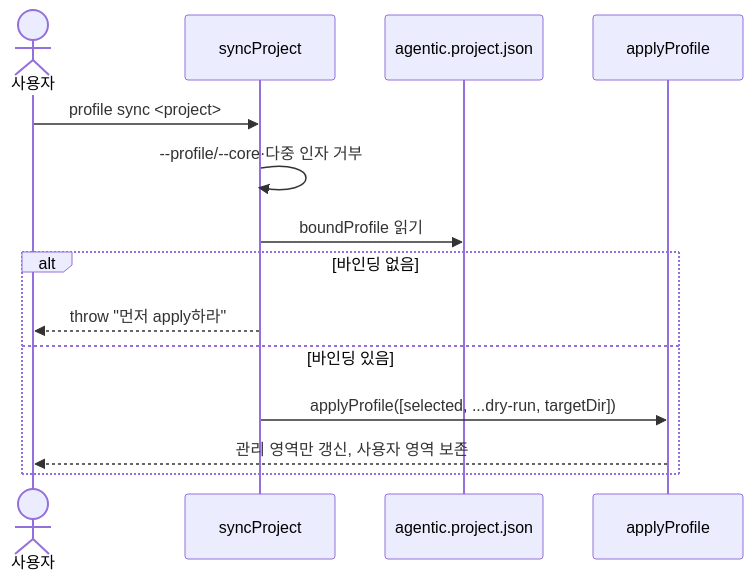
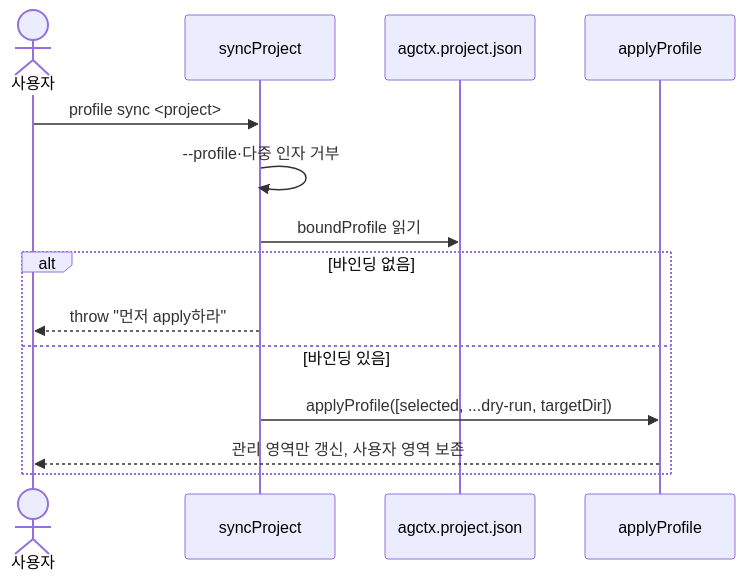
Before and after one commit to IsthisLee/agent-context-manager: the sixth of 8 diagrams in docs/architecture/implementation-mechanics.md, drawn with Mermaid. The commit also changed other lines of this file and 73 other files, not shown here.

````diff
--- a/docs/architecture/implementation-mechanics.md
+++ b/docs/architecture/implementation-mechanics.md
@@ -292,16 +289,16 @@
 ```mermaid
 sequenceDiagram
   actor U as 사용자
   participant S as syncProject
-  participant J as agentic.project.json
+  participant J as agctx.project.json
   participant A as applyProfile
   U->>S: profile sync <project>
-  S->>S: --profile/--core·다중 인자 거부
+  S->>S: --profile·다중 인자 거부
   S->>J: boundProfile 읽기
   alt 바인딩 없음
     S-->>U: throw "먼저 apply하라"
   else 바인딩 있음
     S->>A: applyProfile([selected, ...dry-run, targetDir])
     A-->>U: 관리 영역만 갱신, 사용자 영역 보존
   end
 ```
````
